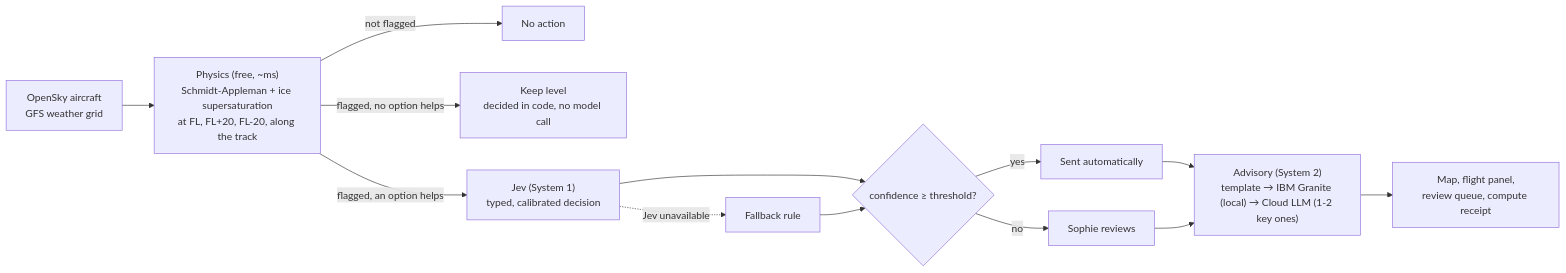
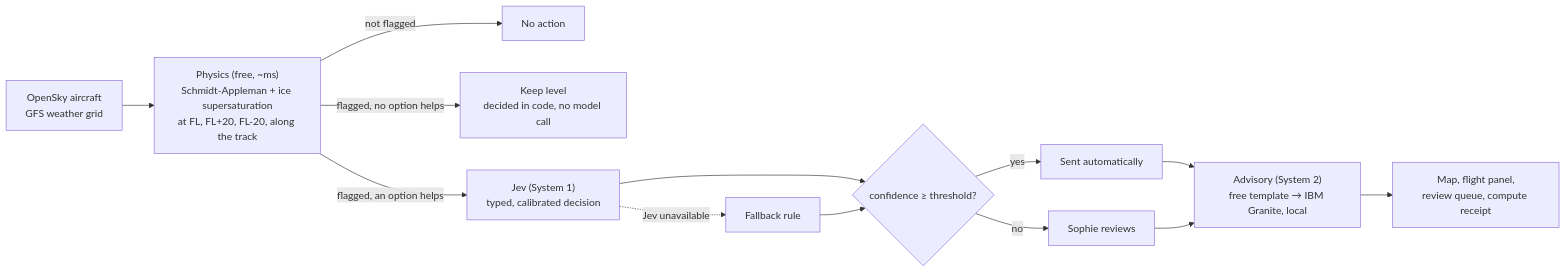
One commit to hediamara1208-commits/TrailSense changed the diagram in README.md. Above: the diagram before and after it, drawn with Mermaid. The commit also changed other lines of this file and 4 other files, not shown here.

Commit message:
No Cloud LLM API credits at CodeJam: Cloud LLM writing tier off (MAX_CLOUD_LLM_ADVISORIES=0), Granite writes the key advisories; docs updated

````diff
--- a/README.md
+++ b/README.md
@@ -28,15 +28,15 @@
 ```mermaid
 flowchart LR
     A[OpenSky aircraft<br/>GFS weather grid] --> B["Physics (free, ~ms)<br/>Schmidt-Appleman + ice supersaturation<br/>at FL, FL+20, FL-20, along the track"]
     B -->|not flagged| Z[No action]
     B -->|flagged, no option helps| M[Keep level<br/>decided in code, no model call]
     B -->|flagged, an option helps| J["Jev (System 1)<br/>typed, calibrated decision"]
     J -.->|Jev unavailable| R[Fallback rule]
     J --> T{confidence ≥ threshold?}
     R --> T
     T -->|yes| AUTO[Sent automatically]
     T -->|no| HUM[Sophie reviews]
-    AUTO --> W["Advisory (System 2)<br/>template → IBM Granite (local) → Cloud LLM (1-2 key ones)"]
+    AUTO --> W["Advisory (System 2)<br/>free template → IBM Granite, local"]
     HUM --> W
     W --> UI[Map, flight panel,<br/>review queue, compute receipt]
 ```
````
